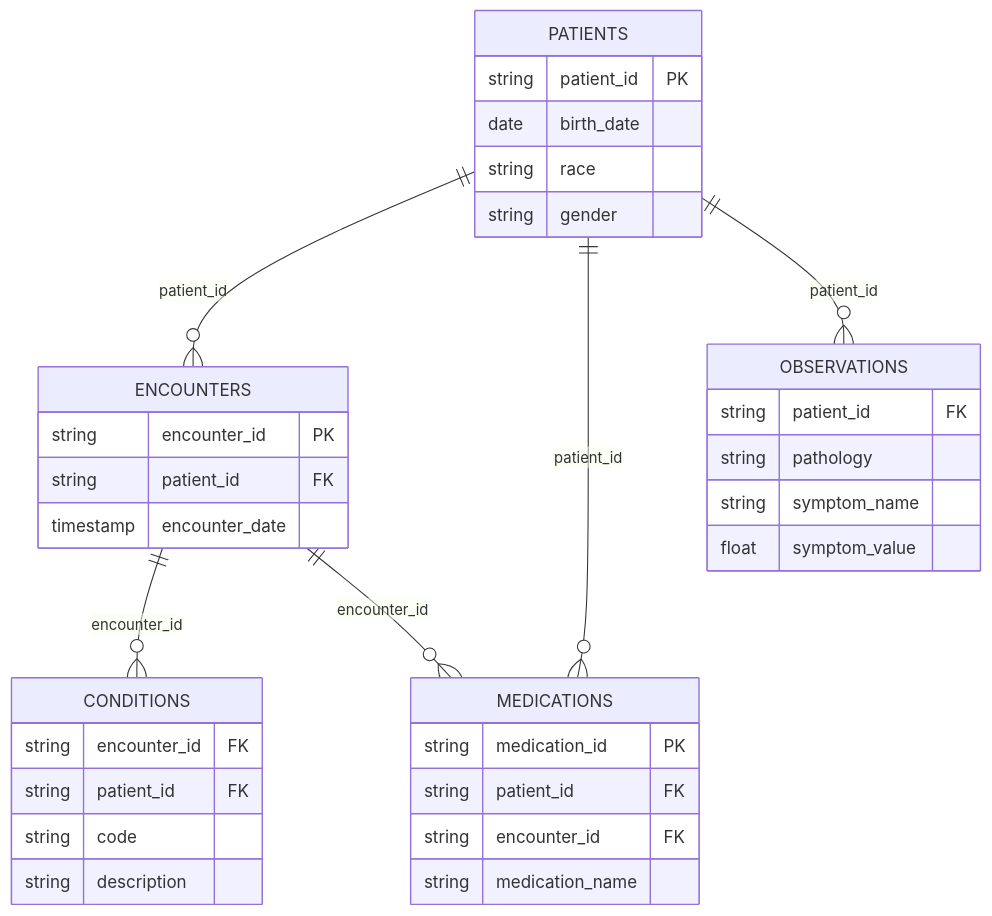
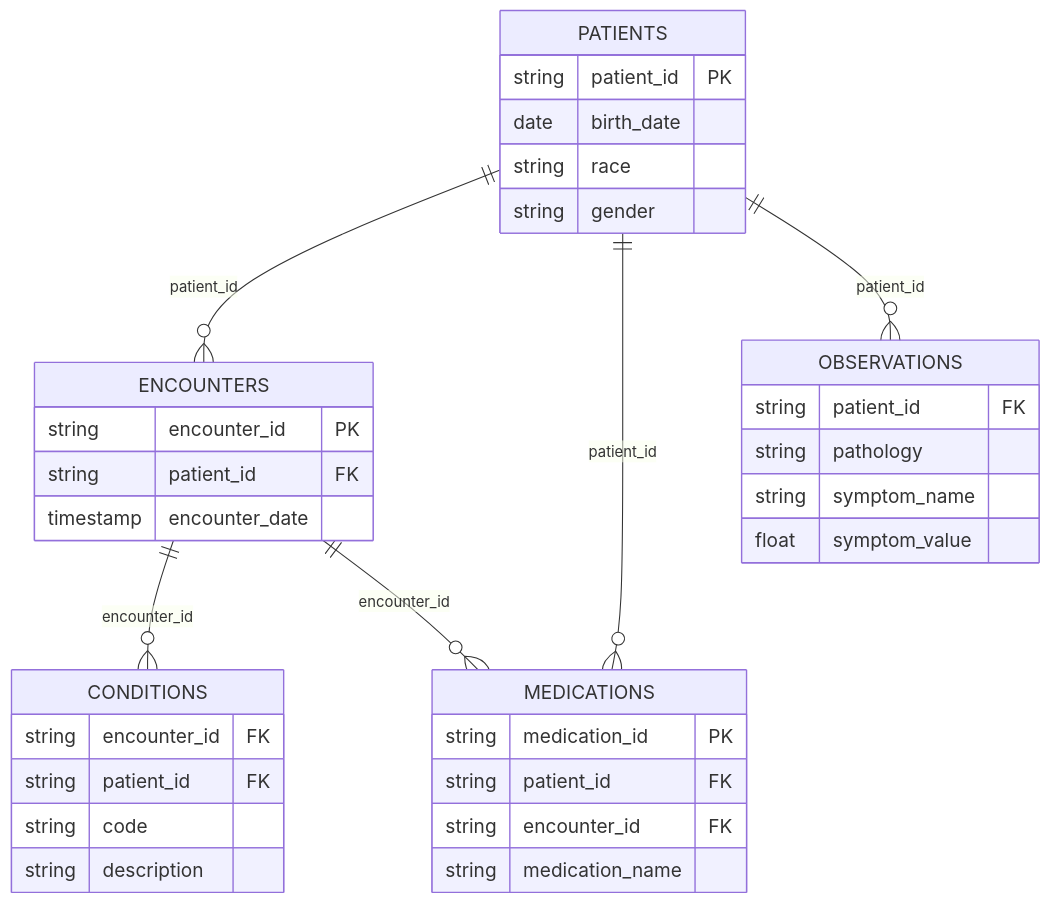
One commit to manab36/century-health-de changed the diagram in README.md. Above: the diagram before and after it, drawn with Mermaid.

````diff
--- a/README.md
+++ b/README.md
@@ -78,37 +78,38 @@
 ```mermaid
+%%{init: {"themeVariables": {"fontSize": "18px"}, "er": {"minEntityWidth": 220, "minEntityHeight": 60, "entityPadding": 12, "fontSize": 18}}}%%
 erDiagram
 	PATIENTS ||--o{ ENCOUNTERS : "patient_id"
 	PATIENTS ||--o{ MEDICATIONS : "patient_id"
 	PATIENTS ||--o{ OBSERVATIONS : "patient_id"
 	ENCOUNTERS ||--o{ CONDITIONS : "encounter_id"
 	ENCOUNTERS ||--o{ MEDICATIONS : "encounter_id"
 	PATIENTS {
 		string patient_id PK
 		date birth_date
 		string race
 		string gender
 	}
 	ENCOUNTERS {
 		string encounter_id PK
 		string patient_id FK
 		timestamp encounter_date
 	}
 	CONDITIONS {
 		string encounter_id FK
 		string patient_id FK
 		string code
 		string description
 	}
 	MEDICATIONS {
 		string medication_id PK
 		string patient_id FK
 		string encounter_id FK
 		string medication_name
 	}
 	OBSERVATIONS {
 		string patient_id FK
 		string pathology
 		string symptom_name
 		float symptom_value
 	}
 ```
````
